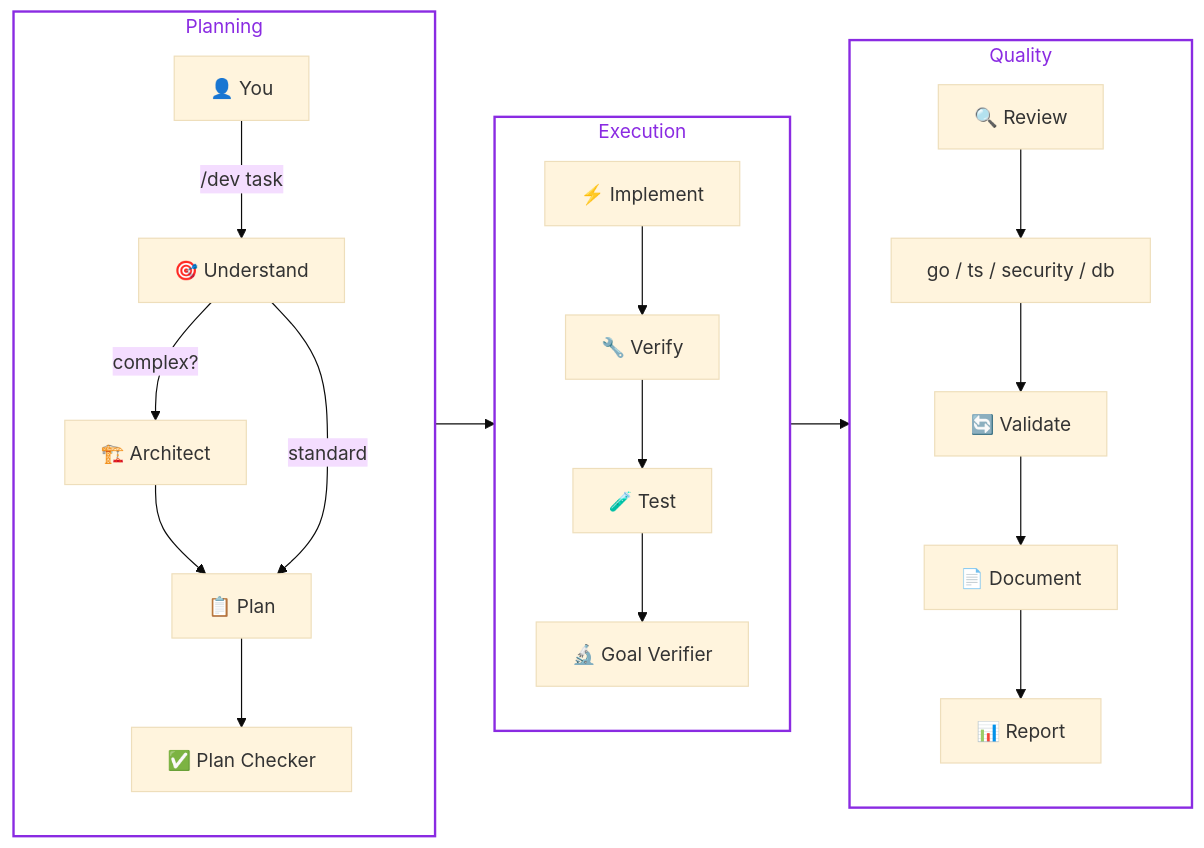
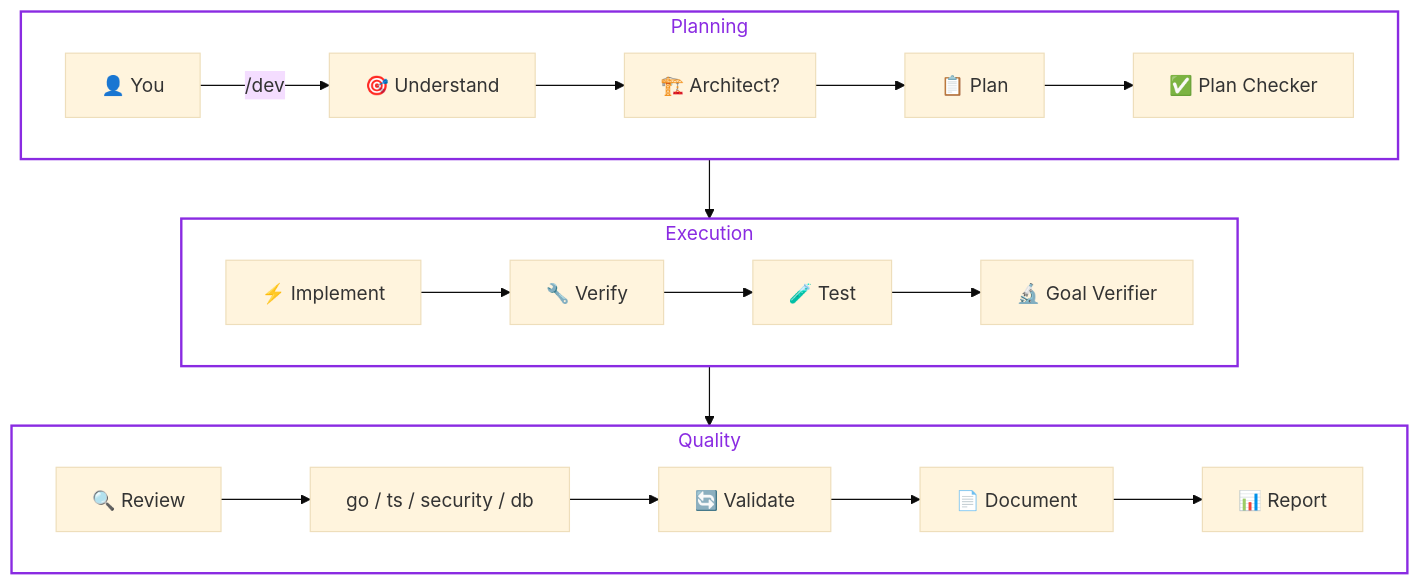
One commit to RaNDoM6913/claude-code-superkit changed the diagram in README.md. Above: the diagram before and after it, drawn with Mermaid (base theme).

Commit message:
🎨 style: snake diagram — TD parent + LR subgraphs for horizontal rows
Previous attempt: LR parent + TB subgraphs — GitHub ignored direction TB.
Now: TD parent + direction LR inside subgraphs = 3 horizontal rows stacked vertically.
Simplified Architect branch to linear flow.

````diff
--- a/README.md
+++ b/README.md
@@ -90,33 +90,32 @@
 ```mermaid
-graph LR
-    subgraph planning [" Planning "]
-        direction TB
-        A["👤 You"] -->|"/dev task"| B["🎯 Understand"]
-        B -->|"complex?"| B1["🏗️ Architect"]
+graph TD
+    subgraph p ["  Planning  "]
+        direction LR
+        A["👤 You"] -->|"/dev"| B["🎯 Understand"]
+        B --> B1["🏗️ Architect?"]
         B1 --> C["📋 Plan"]
-        B -->|"standard"| C
         C --> C1["✅ Plan Checker"]
     end
 
-    subgraph execution [" Execution "]
-        direction TB
+    subgraph e ["  Execution  "]
+        direction LR
         D["⚡ Implement"] --> E["🔧 Verify"]
         E --> F["🧪 Test"]
         F --> F1["🔬 Goal Verifier"]
     end
 
-    subgraph quality [" Quality "]
-        direction TB
+    subgraph q ["  Quality  "]
+        direction LR
         G["🔍 Review"] --> R["go / ts / security / db"]
         R --> L["🔄 Validate"]
         L --> M["📄 Document"]
         M --> N["📊 Report"]
     end
 
     C1 --> D
     F1 --> G
 
-    style planning fill:none,stroke:#8A2BE2,stroke-width:2px,color:#8A2BE2
-    style execution fill:none,stroke:#8A2BE2,stroke-width:2px,color:#8A2BE2
-    style quality fill:none,stroke:#8A2BE2,stroke-width:2px,color:#8A2BE2
+    style p fill:none,stroke:#8A2BE2,stroke-width:2px,color:#8A2BE2
+    style e fill:none,stroke:#8A2BE2,stroke-width:2px,color:#8A2BE2
+    style q fill:none,stroke:#8A2BE2,stroke-width:2px,color:#8A2BE2
 ```
````
